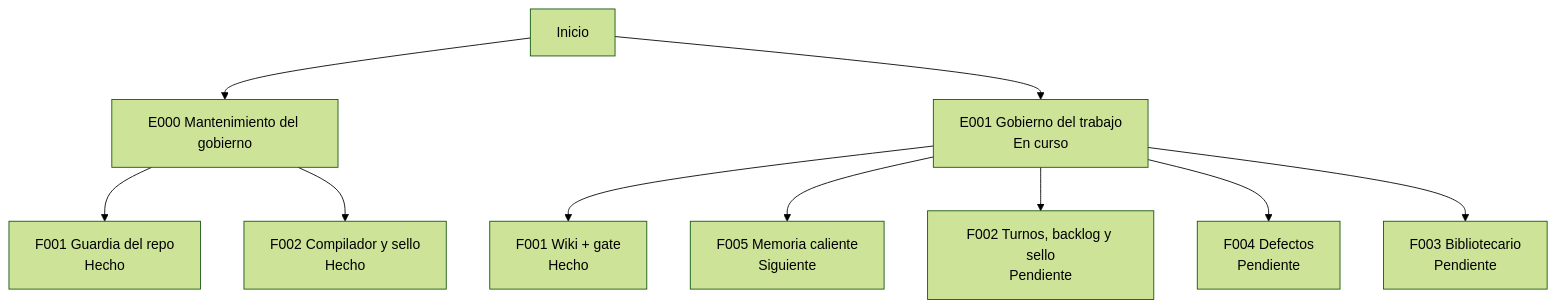
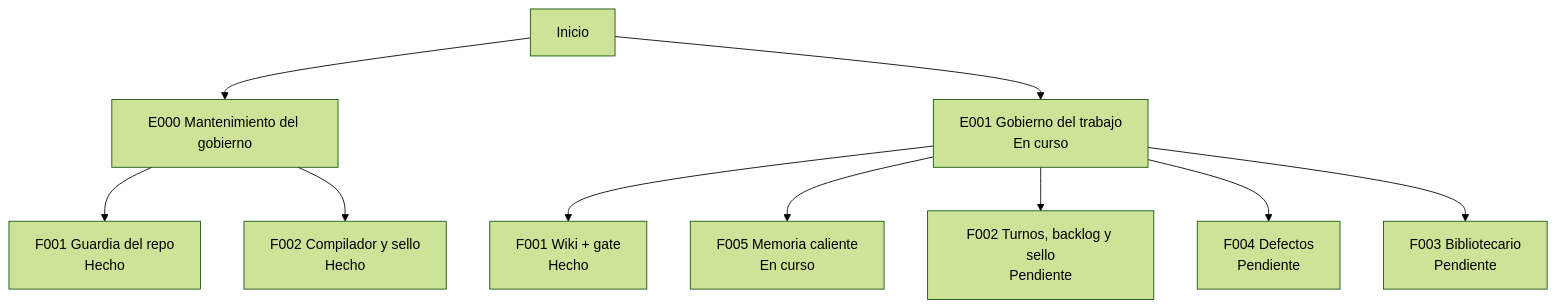
One commit to jliberal-aquas/aquas-central-harness-government changed the second of 2 diagrams in docs/README.md. Above: the diagram before and after it, drawn with Mermaid (forest theme). The commit also changed other lines of this file and 10 other files, not shown here.

First line of the commit message:
Memoria caliente: archivo sellado que solo escribe aquas (E001/F005/S001)

````diff
--- a/docs/README.md
+++ b/docs/README.md
@@ -103,12 +103,12 @@
 ```mermaid
 flowchart TD
     R["Inicio"] --> E0["E000 Mantenimiento del gobierno"]
     R --> E1["E001 Gobierno del trabajo<br/>En curso"]
     E0 --> E0F1["F001 Guardia del repo<br/>Hecho"]
     E0 --> E0F2["F002 Compilador y sello<br/>Hecho"]
     E1 --> E1F1["F001 Wiki + gate<br/>Hecho"]
-    E1 --> E1F5["F005 Memoria caliente<br/>Siguiente"]
+    E1 --> E1F5["F005 Memoria caliente<br/>En curso"]
     E1 --> E1F2["F002 Turnos, backlog y sello<br/>Pendiente"]
     E1 --> E1F4["F004 Defectos<br/>Pendiente"]
     E1 --> E1F3["F003 Bibliotecario<br/>Pendiente"]
 ```
````
